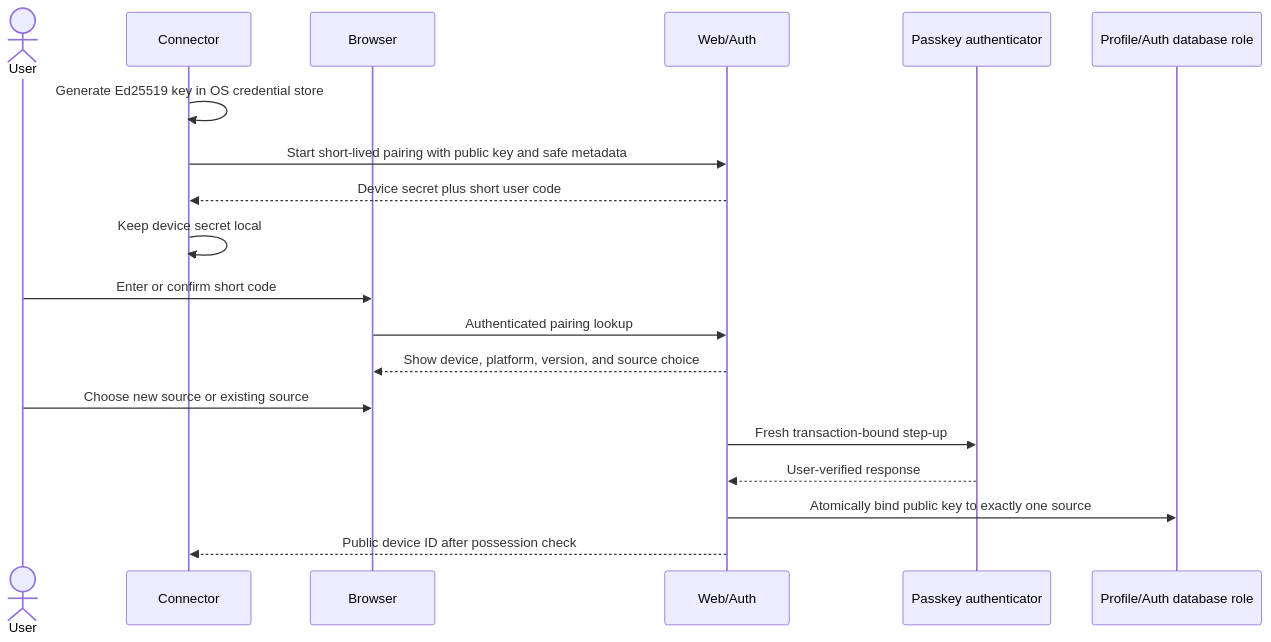
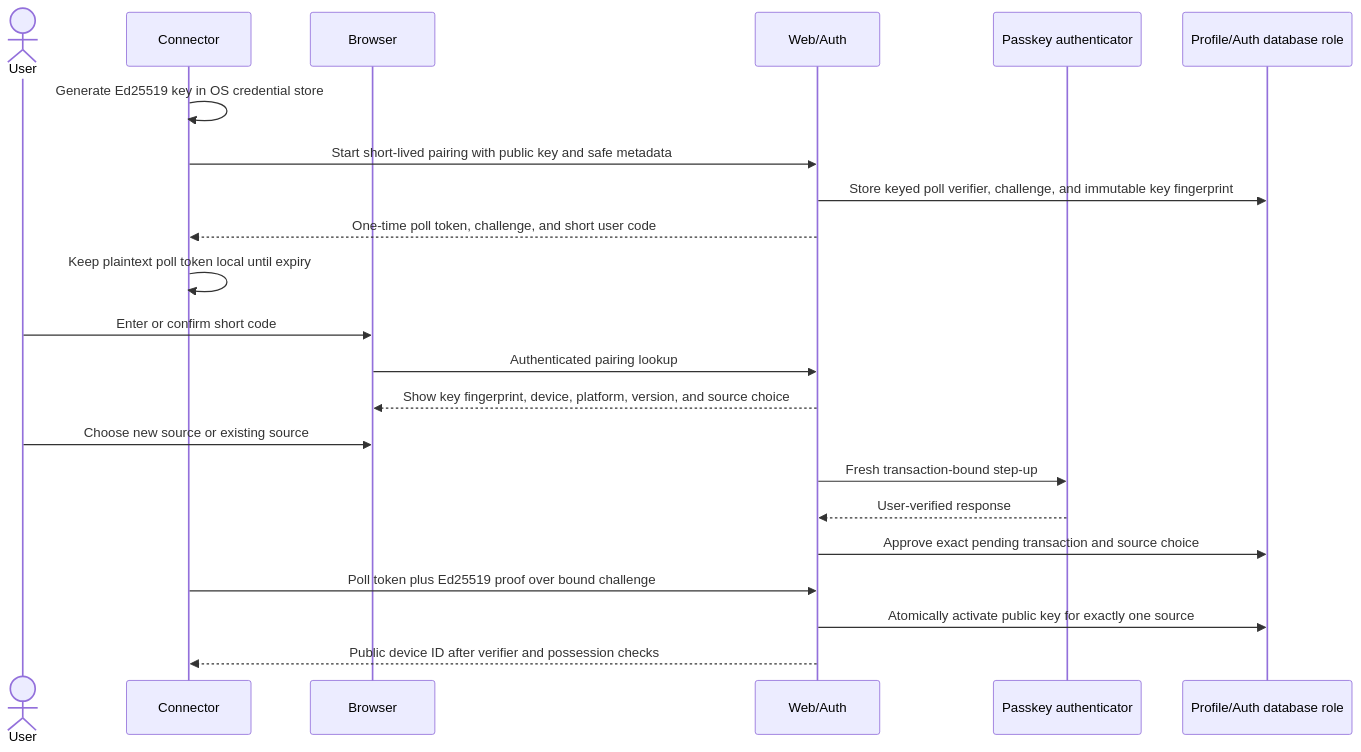
Before and after one commit to Tah10n/viberacing: the second of 6 diagrams in docs/architecture/DATA_FLOW.md, drawn with Mermaid. The commit also changed other lines of this file and 39 other files, not shown here.

````diff
--- a/docs/architecture/DATA_FLOW.md
+++ b/docs/architecture/DATA_FLOW.md
@@ -41,22 +41,25 @@
 ```mermaid
 sequenceDiagram
   actor User
   participant Connector
   participant Browser
   participant Web as Web/Auth
   participant Authenticator as Passkey authenticator
   participant DB as Profile/Auth database role
 
   Connector->>Connector: Generate Ed25519 key in OS credential store
   Connector->>Web: Start short-lived pairing with public key and safe metadata
-  Web-->>Connector: Device secret plus short user code
-  Connector->>Connector: Keep device secret local
+  Web->>DB: Store keyed poll verifier, challenge, and immutable key fingerprint
+  Web-->>Connector: One-time poll token, challenge, and short user code
+  Connector->>Connector: Keep plaintext poll token local until expiry
   User->>Browser: Enter or confirm short code
   Browser->>Web: Authenticated pairing lookup
-  Web-->>Browser: Show device, platform, version, and source choice
+  Web-->>Browser: Show key fingerprint, device, platform, version, and source choice
   User->>Browser: Choose new source or existing source
   Web->>Authenticator: Fresh transaction-bound step-up
   Authenticator-->>Web: User-verified response
-  Web->>DB: Atomically bind public key to exactly one source
-  Web-->>Connector: Public device ID after possession check
+  Web->>DB: Approve exact pending transaction and source choice
+  Connector->>Web: Poll token plus Ed25519 proof over bound challenge
+  Web->>DB: Atomically activate public key for exactly one source
+  Web-->>Connector: Public device ID after verifier and possession checks
 ```
````
